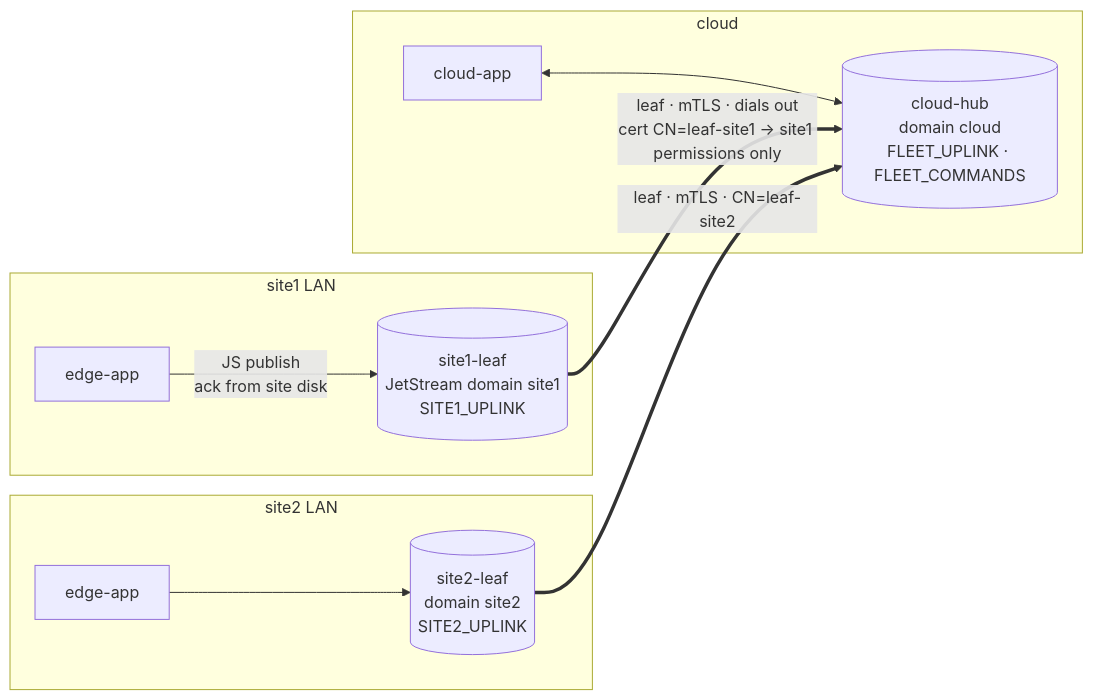
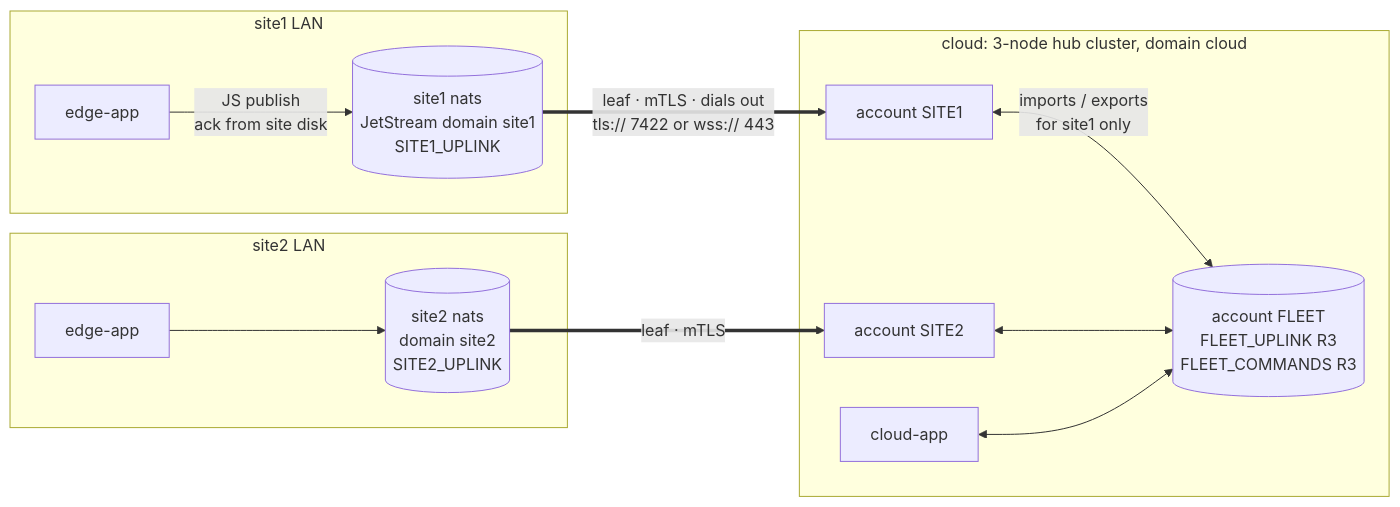
One commit to jinternals/nats-demo changed the diagram in README.md. Above: the diagram before and after it, drawn with Mermaid. The commit also changed other lines of this file and 17 other files, not shown here.

````diff
--- a/README.md
+++ b/README.md
@@ -8,15 +14,16 @@
 ```mermaid
 flowchart LR
   subgraph S1["site1 LAN"]
-    EA1["edge-app"] -->|"JS publish<br/>ack from site disk"| L1[("site1-leaf<br/>JetStream domain site1<br/>SITE1_UPLINK")]
+    EA1["edge-app"] -->|"JS publish<br/>ack from site disk"| L1[("site1 nats<br/>JetStream domain site1<br/>SITE1_UPLINK")]
   end
   subgraph S2["site2 LAN"]
-    EA2["edge-app"] --> L2[("site2-leaf<br/>domain site2<br/>SITE2_UPLINK")]
+    EA2["edge-app"] --> L2[("site2 nats<br/>domain site2<br/>SITE2_UPLINK")]
   end
-  subgraph C["cloud"]
-    H[("cloud-hub<br/>domain cloud<br/>FLEET_UPLINK · FLEET_COMMANDS")]
-    CA["cloud-app"] <--> H
+  subgraph C["cloud: 3-node hub cluster, domain cloud"]
+    A1["account SITE1"] <-->|"imports / exports<br/>for site1 only"| F[("account FLEET<br/>FLEET_UPLINK R3<br/>FLEET_COMMANDS R3")]
+    A2["account SITE2"] <--> F
+    CA["cloud-app"] <--> F
   end
-  L1 ==>|"leaf · mTLS · dials out<br/>cert CN=leaf-site1 → site1 permissions only"| H
-  L2 ==>|"leaf · mTLS · CN=leaf-site2"| H
+  L1 ==>|"leaf · mTLS · dials out<br/>tls:// 7422 or wss:// 443"| A1
+  L2 ==>|"leaf · mTLS"| A2
 ```
````
